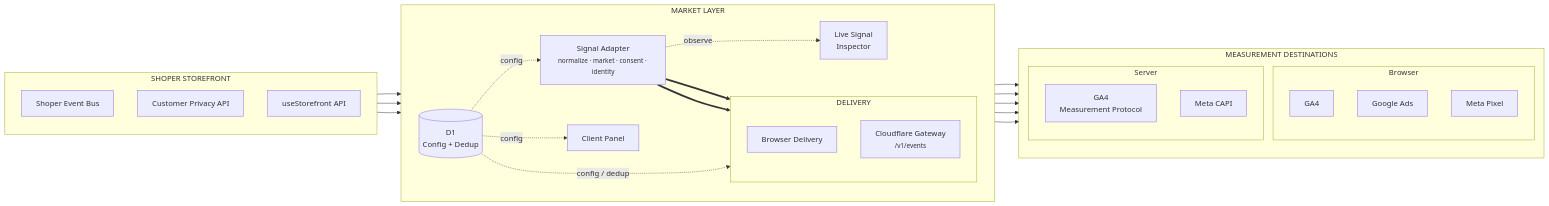
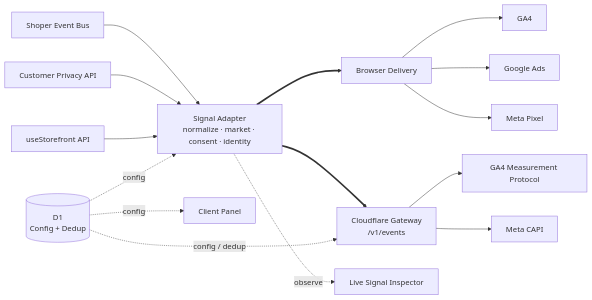
One commit to nikkitb/market-layer changed the diagram in README.md. Above: the diagram before and after it, drawn with Mermaid.

Commit message:
docs: simplify architecture diagram layout

````diff
--- a/README.md
+++ b/README.md
@@ -19,62 +19,43 @@
 ```mermaid
 flowchart LR
 
-    subgraph SF["SHOPER STOREFRONT"]
-        direction TB
-        EB["Shoper Event Bus"]
-        CP["Customer Privacy API"]
-        SA["useStorefront API"]
-    end
+    EB["Shoper Event Bus"]
+    CP["Customer Privacy API"]
+    SA["useStorefront API"]
 
-    subgraph ML["MARKET LAYER"]
-        direction LR
+    AD["Signal Adapter<br/>normalize · market · consent · identity"]
 
-        AD["Signal Adapter<br/><small>normalize · market · consent · identity</small>"]
+    BD["Browser Delivery"]
+    GW["Cloudflare Gateway<br/>/v1/events"]
 
-        subgraph DELIVERY["DELIVERY"]
-            direction TB
-            BD["Browser Delivery"]
-            GW["Cloudflare Gateway<br/><small>/v1/events</small>"]
-        end
+    GA4["GA4"]
+    GADS["Google Ads"]
+    META["Meta Pixel"]
 
-        CFG[("D1<br/>Config + Dedup")]
+    GA4S["GA4 Measurement Protocol"]
+    MCAPI["Meta CAPI"]
 
-        INS["Live Signal<br/>Inspector"]
-        PANEL["Client Panel"]
-    end
-
-    subgraph DEST["MEASUREMENT DESTINATIONS"]
-        direction TB
-
-        subgraph WEB["Browser"]
-            GA4["GA4"]
-            GADS["Google Ads"]
-            META["Meta Pixel"]
-        end
-
-        subgraph SERVER["Server"]
-            GA4S["GA4<br/>Measurement Protocol"]
-            MCAPI["Meta CAPI"]
-        end
-    end
+    CFG[("D1<br/>Config + Dedup")]
+    PANEL["Client Panel"]
+    INS["Live Signal Inspector"]
 
     EB --> AD
     CP --> AD
     SA --> AD
 
     AD ==> BD
     AD ==> GW
 
     BD --> GA4
     BD --> GADS
     BD --> META
 
     GW --> GA4S
     GW --> MCAPI
 
-    CFG -. config .-> AD
-    CFG -. config / dedup .-> GW
-    CFG -. config .-> PANEL
+    CFG -.->|config| AD
+    CFG -.->|config / dedup| GW
+    CFG -.->|config| PANEL
 
-    AD -. observe .-> INS
+    AD -.->|observe| INS
 ```
````
